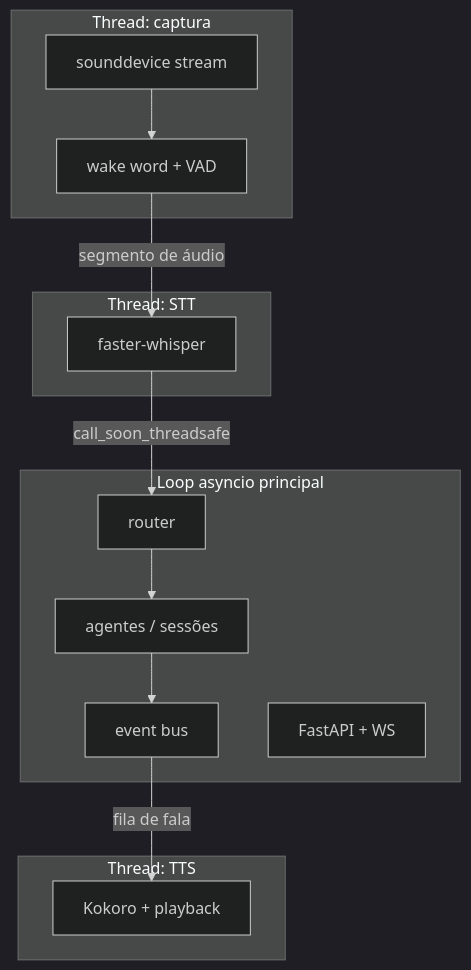
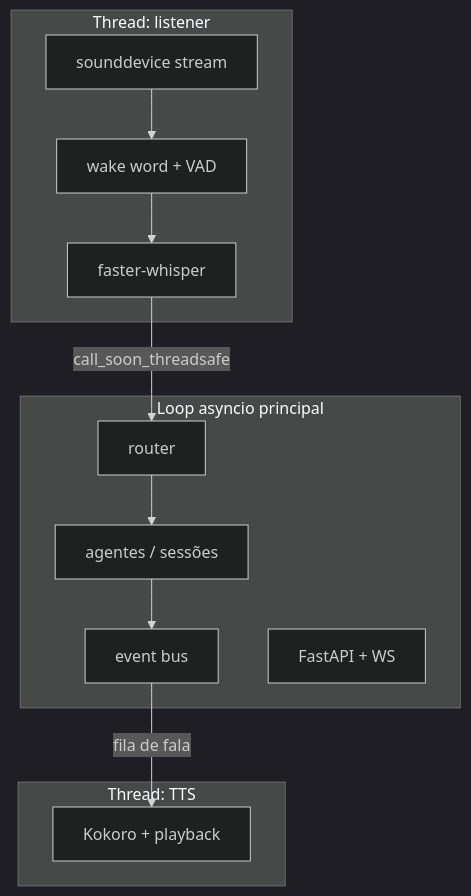
Before and after one commit to NavesDev/AlfredAgent: the second of 5 diagrams in docs/ARCHITECTURE.md, drawn with Mermaid (dark theme). The commit also changed other lines of this file and 1 other file, not shown here.

Commit message:
docs: capture and STT share the listener thread

````diff
--- a/docs/ARCHITECTURE.md
+++ b/docs/ARCHITECTURE.md
@@ -95,20 +95,16 @@
 ```mermaid
 flowchart TB
-    subgraph T1[Thread: captura]
-        cap[sounddevice stream] --> wwd[wake word + VAD]
-    end
-    subgraph T2[Thread: STT]
-        whisper[faster-whisper]
+    subgraph T1[Thread: listener]
+        cap[sounddevice stream] --> wwd[wake word + VAD] --> whisper[faster-whisper]
     end
     subgraph Loop[Loop asyncio principal]
         router2[router] --> agents[agentes / sessões]
         agents --> bus2[event bus]
         api2[FastAPI + WS]
     end
     subgraph T3[Thread: TTS]
         kokoro[Kokoro + playback]
     end
-    wwd -->|segmento de áudio| whisper
     whisper -->|call_soon_threadsafe| router2
     bus2 -->|fila de fala| kokoro
 ```
````
